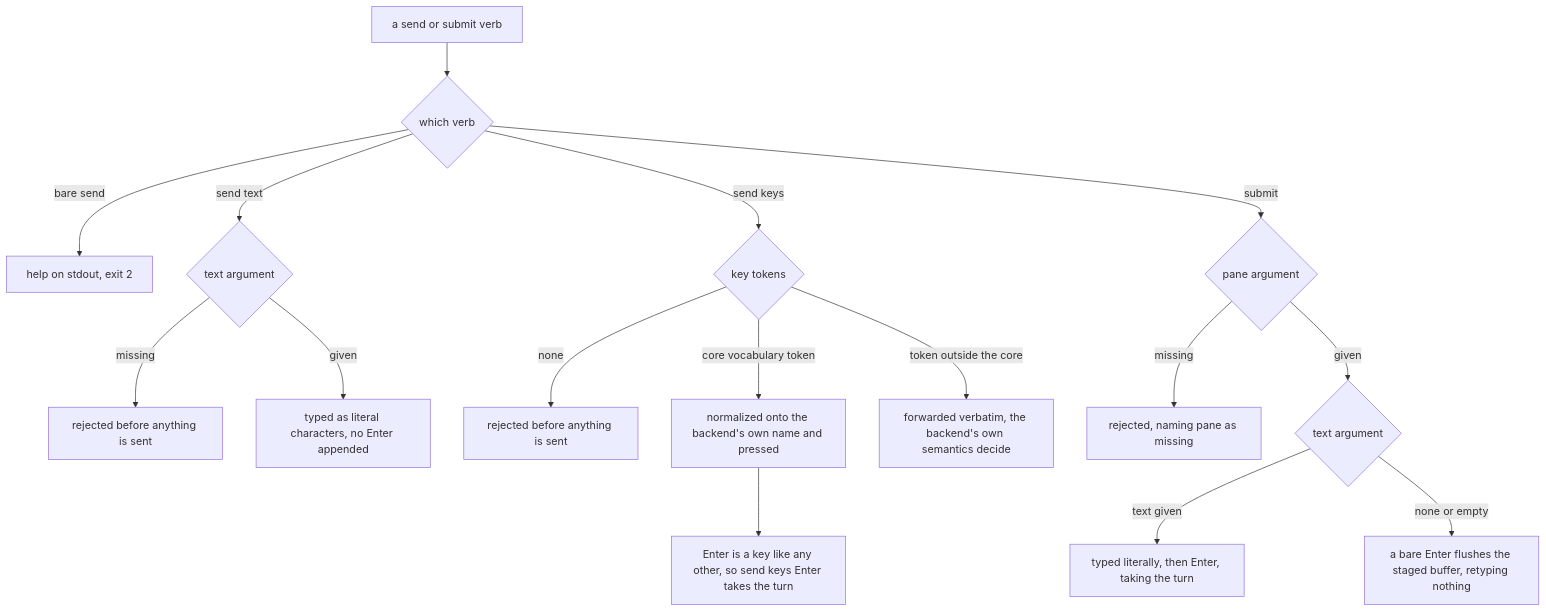
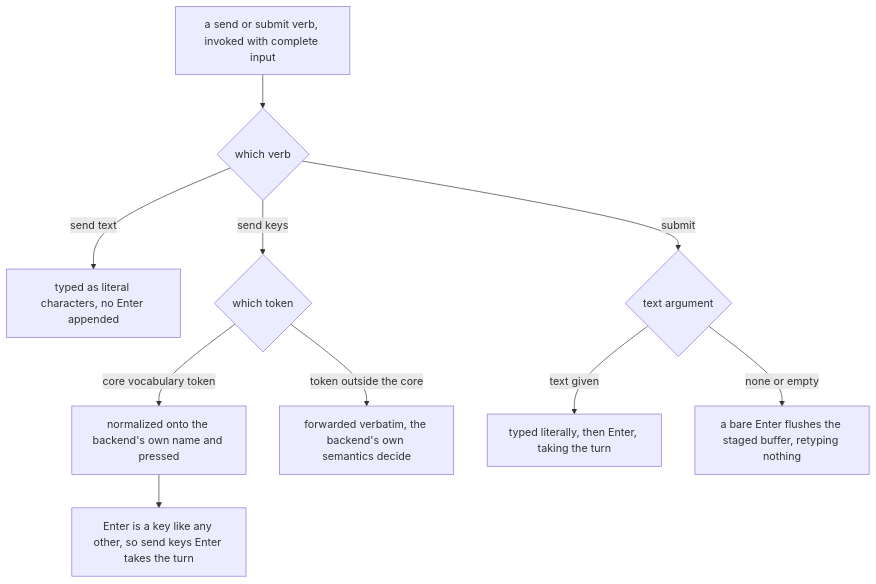
Before and after one commit to cyberuni/cyber-mux: the diagram in packages/cyber-mux/.agents/spec/mux/driving/README.md, drawn with Mermaid. The commit also changed other lines of this file and 31 other files, not shown here.

````diff
--- a/packages/cyber-mux/.agents/spec/mux/driving/README.md
+++ b/packages/cyber-mux/.agents/spec/mux/driving/README.md
@@ -81,18 +77,12 @@
 ```mermaid
 graph TD
-  D["a send or submit verb"] --> WHICH{"which verb"}
-  WHICH -->|"bare send"| HELP["help on stdout, exit 2"]
-  WHICH -->|"send text"| T{"text argument"}
-  T -->|"missing"| TREJ2["rejected before anything is sent"]
-  T -->|"given"| TLIT["typed as literal characters, no Enter appended"]
-  WHICH -->|"send keys"| K{"key tokens"}
-  K -->|"none"| KREJ["rejected before anything is sent"]
+  D["a send or submit verb, invoked with complete input"] --> WHICH{"which verb"}
+  WHICH -->|"send text"| TLIT["typed as literal characters, no Enter appended"]
+  WHICH -->|"send keys"| K{"which token"}
   K -->|"core vocabulary token"| KCORE["normalized onto the backend's own name and pressed"]
   K -->|"token outside the core"| KFWD["forwarded verbatim, the backend's own semantics decide"]
   KCORE --> ENTER["Enter is a key like any other, so send keys Enter takes the turn"]
-  WHICH -->|"submit"| SP{"pane argument"}
-  SP -->|"missing"| SREJ["rejected, naming pane as missing"]
-  SP -->|"given"| STXT{"text argument"}
+  WHICH -->|"submit"| STXT{"text argument"}
   STXT -->|"text given"| STYPE["typed literally, then Enter, taking the turn"]
   STXT -->|"none or empty"| SFLUSH["a bare Enter flushes the staged buffer, retyping nothing"]
 ```
````
